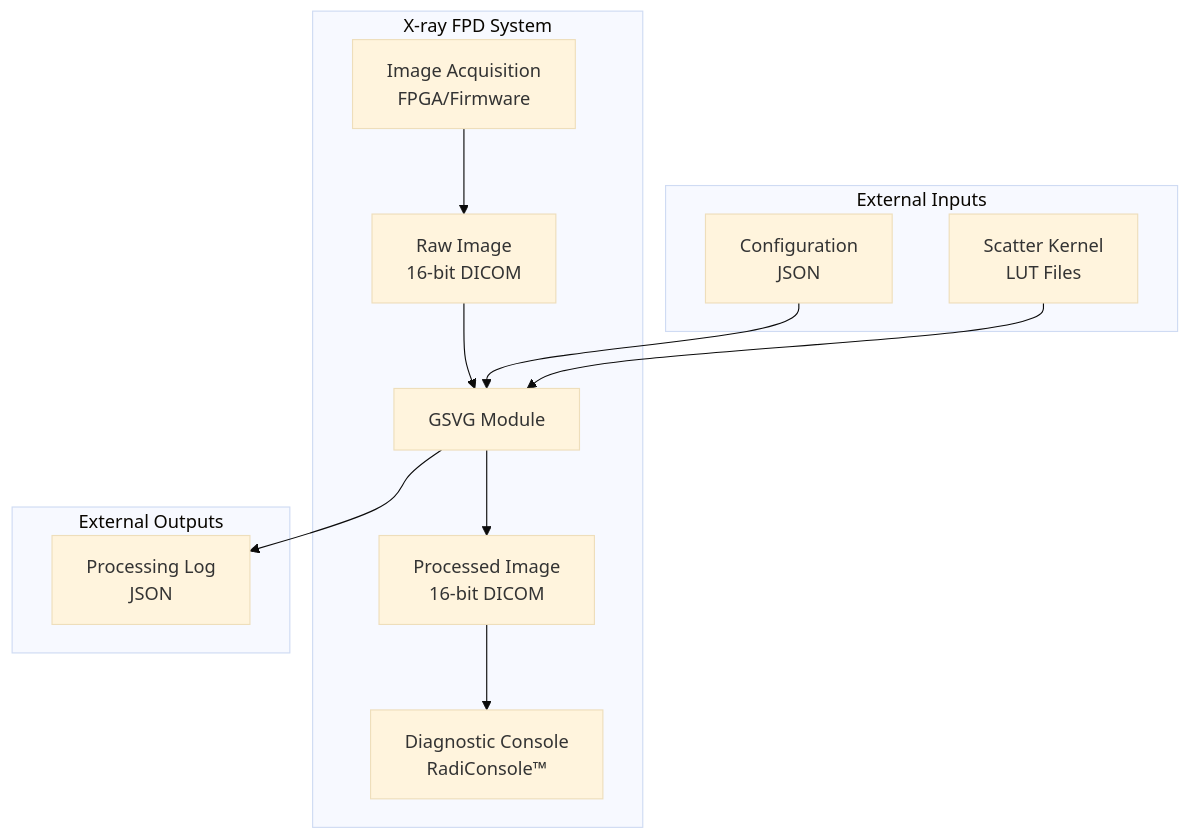
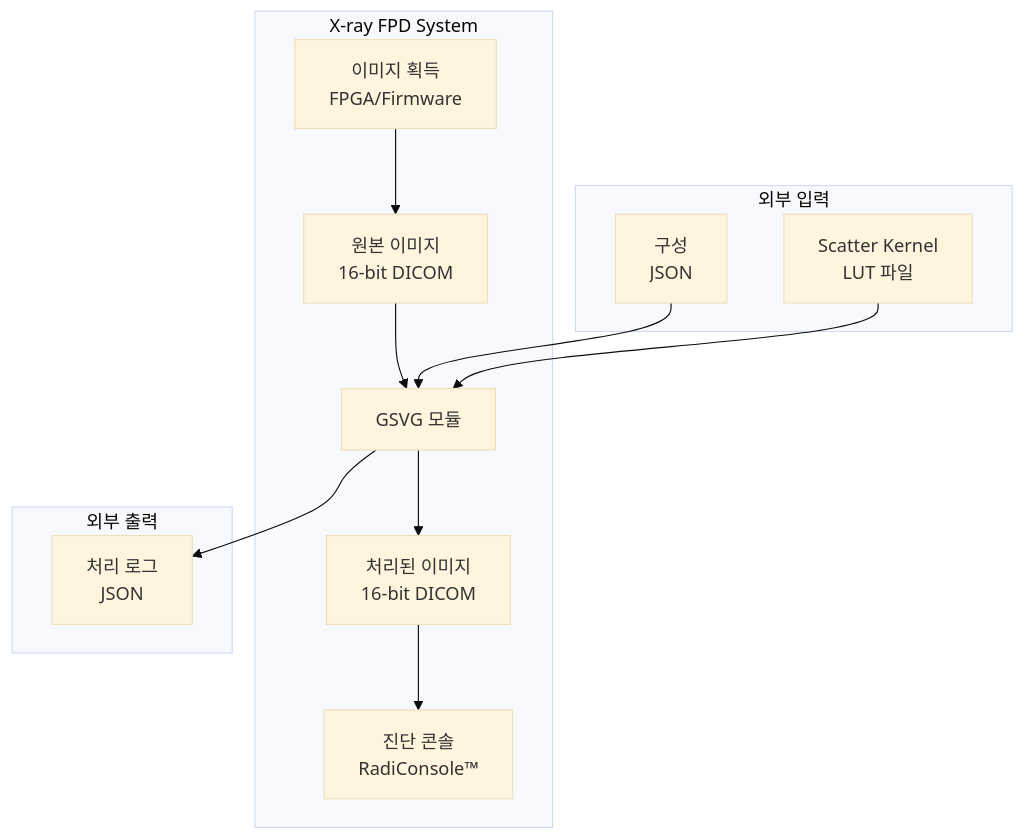
One commit to holee9/image-processing changed the first of 6 diagrams in docs/post-processing/gsvg/GSVG-SAD-001_Architecture.md. Above: the diagram before and after it, drawn with Mermaid (base theme). The commit also changed other lines of this file and 51 other files, not shown here.

````diff
--- a/docs/post-processing/gsvg/GSVG-SAD-001_Architecture.md
+++ b/docs/post-processing/gsvg/GSVG-SAD-001_Architecture.md
@@ -12,18 +12,18 @@
 ```mermaid
 graph TB
     subgraph "X-ray FPD System"
-        ACQ[Image Acquisition<br/>FPGA/Firmware] --> RAW[Raw Image<br/>16-bit DICOM]
-        RAW --> GSVG[GSVG Module]
-        GSVG --> PROC[Processed Image<br/>16-bit DICOM]
-        PROC --> CONSOLE[Diagnostic Console<br/>RadiConsole™]
+        ACQ[이미지 획득<br/>FPGA/Firmware] --> RAW[원본 이미지<br/>16-bit DICOM]
+        RAW --> GSVG[GSVG 모듈]
+        GSVG --> PROC[처리된 이미지<br/>16-bit DICOM]
+        PROC --> CONSOLE[진단 콘솔<br/>RadiConsole™]
     end
     
-    subgraph "External Inputs"
-        CONFIG[Configuration<br/>JSON] --> GSVG
-        LUT[Scatter Kernel<br/>LUT Files] --> GSVG
+    subgraph "외부 입력"
+        CONFIG[구성<br/>JSON] --> GSVG
+        LUT[Scatter Kernel<br/>LUT 파일] --> GSVG
     end
     
-    subgraph "External Outputs"
-        GSVG --> LOG[Processing Log<br/>JSON]
+    subgraph "외부 출력"
+        GSVG --> LOG[처리 로그<br/>JSON]
     end
 ```
````
